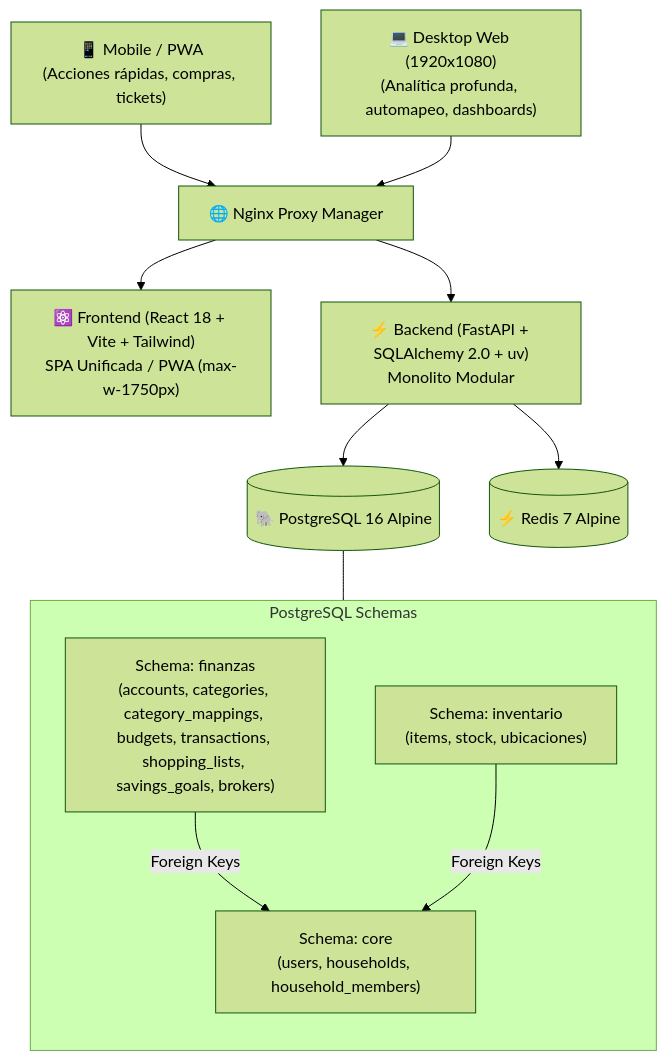
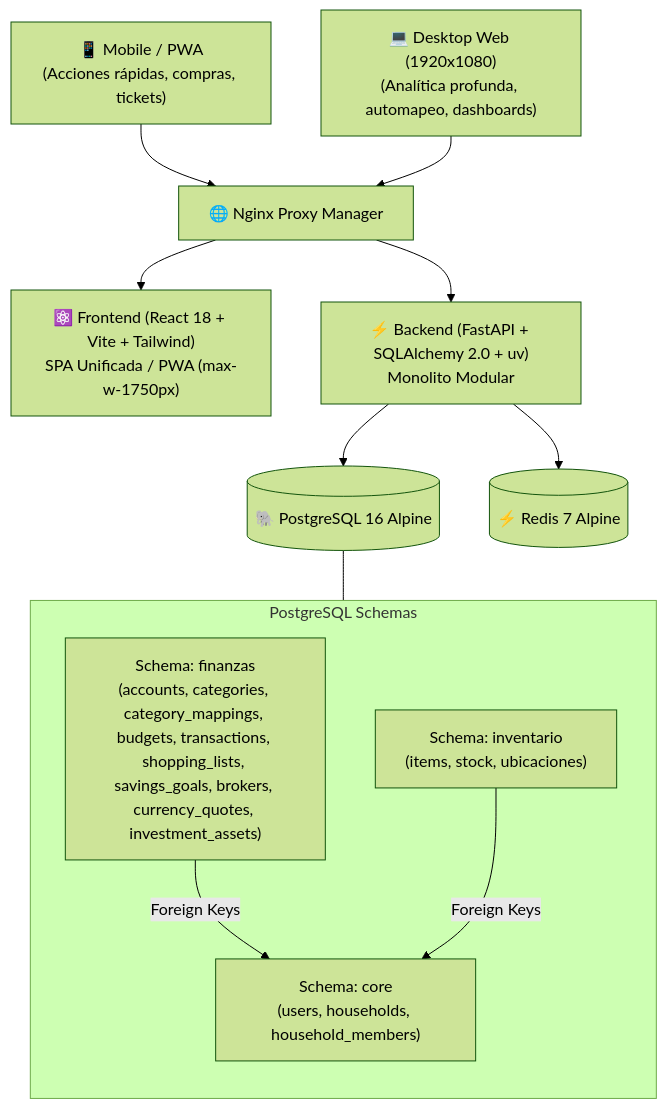
Before and after one commit to PabloSGomez50/myp-apps: the diagram in docs/architecture/overview.md, drawn with Mermaid (forest theme). The commit also changed other lines of this file and 26 other files, not shown here.

````diff
--- a/docs/architecture/overview.md
+++ b/docs/architecture/overview.md
@@ -9,23 +9,23 @@
 ```mermaid
 graph TD
     ClientMobile["📱 Mobile / PWA<br>(Acciones rápidas, compras, tickets)"] --> NPM["🌐 Nginx Proxy Manager"]
     ClientDesktop["💻 Desktop Web (1920x1080)<br>(Analítica profunda, automapeo, dashboards)"] --> NPM
     
     NPM --> Frontend["⚛️ Frontend (React 18 + Vite + Tailwind)<br>SPA Unificada / PWA (max-w-1750px)"]
     NPM --> Backend["⚡ Backend (FastAPI + SQLAlchemy 2.0 + uv)<br>Monolito Modular"]
     
     Backend --> Postgres[("🐘 PostgreSQL 16 Alpine")]
     Backend --> Redis[("⚡ Redis 7 Alpine")]
     
     subgraph Postgres_Schemas["PostgreSQL Schemas"]
         direction TB
         SchemaCore["Schema: core<br>(users, households, household_members)"]
-        SchemaFinanzas["Schema: finanzas<br>(accounts, categories, category_mappings, budgets, transactions, shopping_lists, savings_goals, brokers)"]
+        SchemaFinanzas["Schema: finanzas<br>(accounts, categories, category_mappings, budgets, transactions, shopping_lists, savings_goals, brokers, currency_quotes, investment_assets)"]
         SchemaInventario["Schema: inventario<br>(items, stock, ubicaciones)"]
         
         SchemaFinanzas -->|Foreign Keys| SchemaCore
         SchemaInventario -->|Foreign Keys| SchemaCore
     end
     
     Postgres --- Postgres_Schemas
 ```
````
